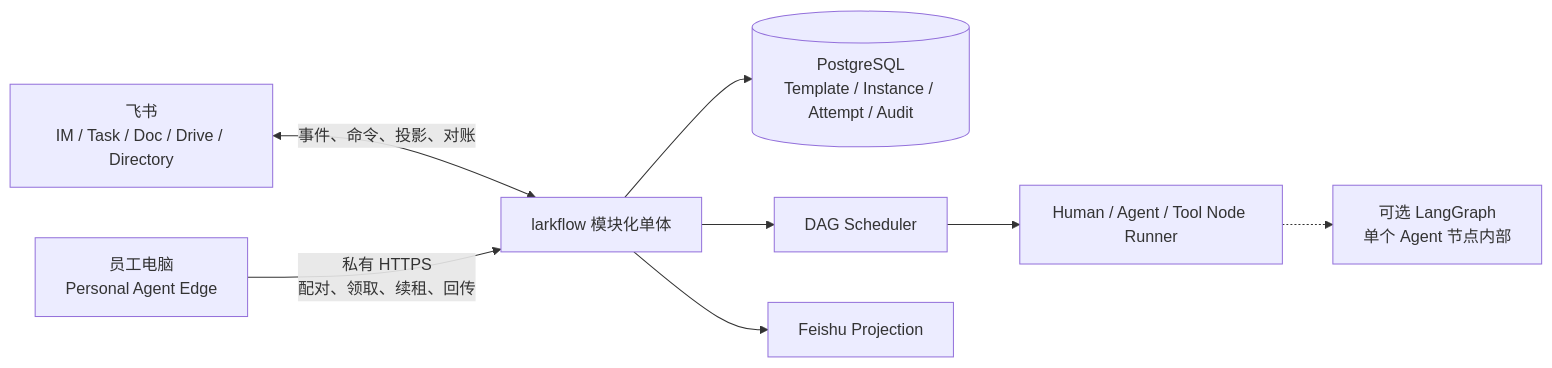
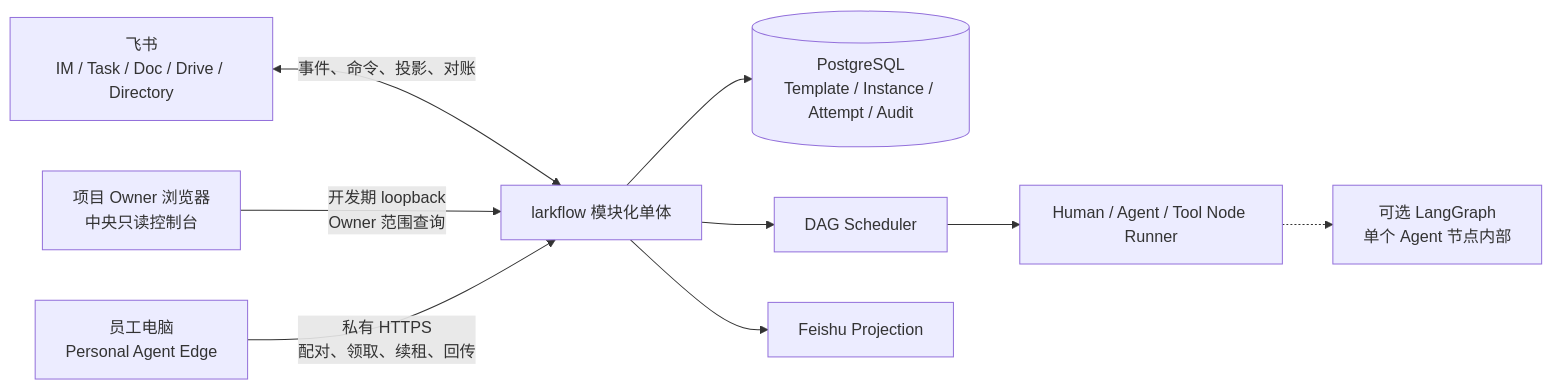
One commit to iyuenan3/larkflow changed the diagram in AIREADME/ARCHITECTURE.md. Above: the diagram before and after it, drawn with Mermaid. The commit also changed other lines of this file and 9 other files, not shown here.

````diff
--- a/AIREADME/ARCHITECTURE.md
+++ b/AIREADME/ARCHITECTURE.md
@@ -17,10 +17,11 @@
 ```mermaid
 flowchart LR
     F["飞书<br/>IM / Task / Doc / Drive / Directory"] <-->|"事件、命令、投影、对账"| C["larkflow 模块化单体"]
+    W["项目 Owner 浏览器<br/>中央只读控制台"] -->|"开发期 loopback<br/>Owner 范围查询"| C
     E["员工电脑<br/>Personal Agent Edge"] -->|"私有 HTTPS<br/>配对、领取、续租、回传"| C
     C --> D[("PostgreSQL<br/>Template / Instance / Attempt / Audit")]
     C --> S["DAG Scheduler"]
     C --> P["Feishu Projection"]
     S --> R["Human / Agent / Tool Node Runner"]
     R -.-> L["可选 LangGraph<br/>单个 Agent 节点内部"]
 ```
````
